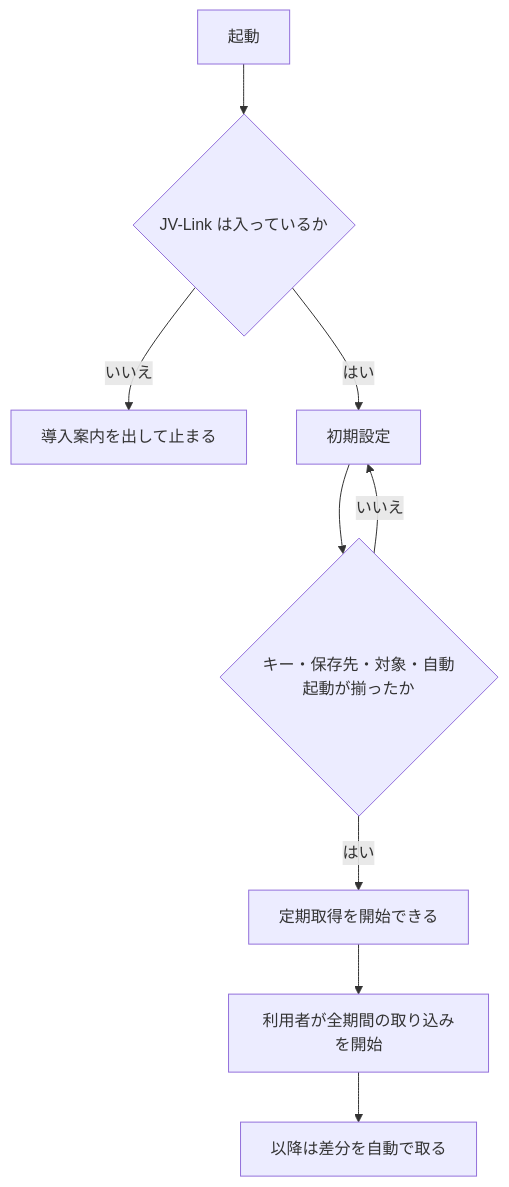
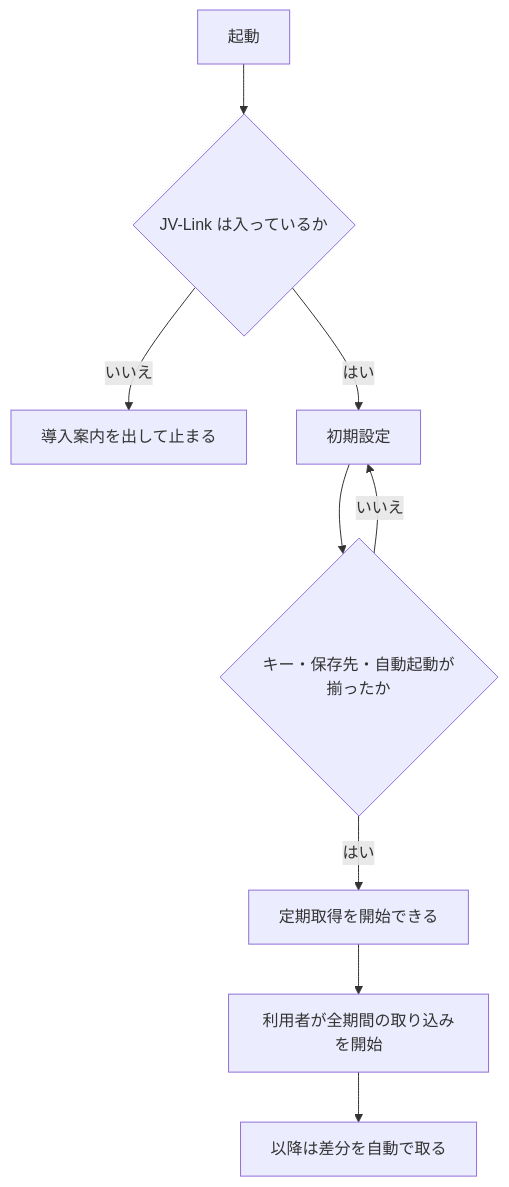
One commit to betashort/keiba-dwh changed the second of 4 diagrams in docs/jv-data-collector/requirements.md. Above: the diagram before and after it, drawn with Mermaid. The commit also changed other lines of this file and 21 other files, not shown here.

````diff
--- a/docs/jv-data-collector/requirements.md
+++ b/docs/jv-data-collector/requirements.md
@@ -63,11 +64,11 @@
 ```mermaid
 flowchart TD
   start["起動"] --> check{"JV-Link は入っているか"}
   check -->|いいえ| guide["導入案内を出して止まる"]
   check -->|はい| setup["初期設定"]
-  setup --> ready{"キー・保存先・対象・自動起動が揃ったか"}
+  setup --> ready{"キー・保存先・自動起動が揃ったか"}
   ready -->|いいえ| setup
   ready -->|はい| wait["定期取得を開始できる"]
   wait --> first["利用者が全期間の取り込みを開始"]
   first --> daily["以降は差分を自動で取る"]
 ```
````
